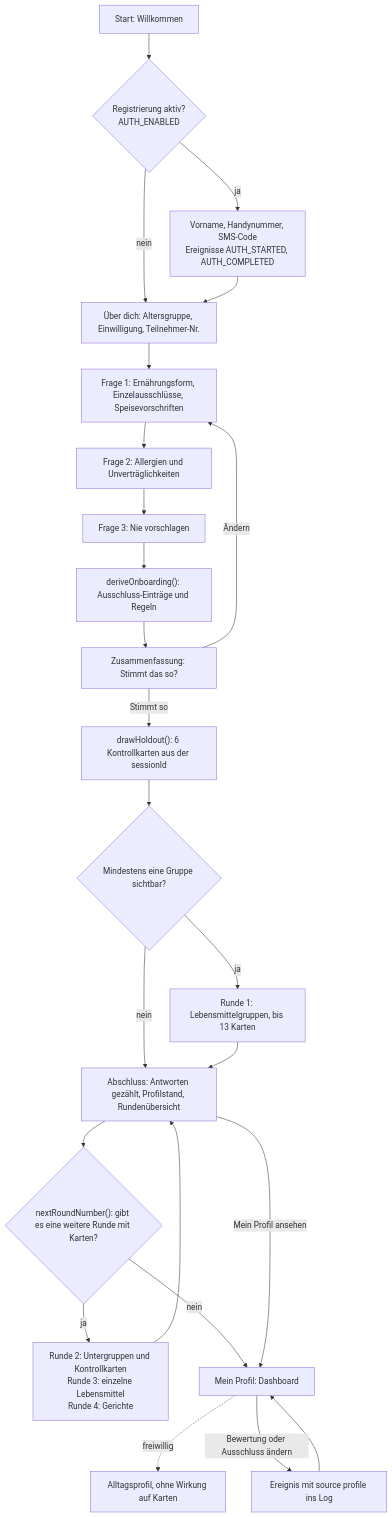
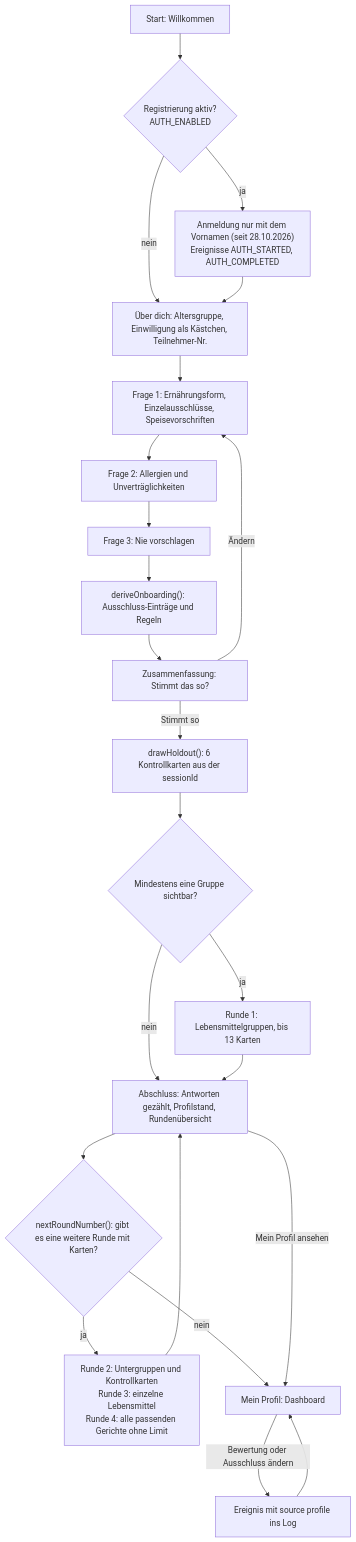
Before and after one commit to kerisan-jeg/geschmacksprofil-50plus: the first of 6 diagrams in docs/05_Flowcharts.md, drawn with Mermaid. The commit also changed other lines of this file and 89 other files, not shown here.

````diff
--- a/docs/05_Flowcharts.md
+++ b/docs/05_Flowcharts.md
@@ -9,26 +9,25 @@
 ```mermaid
 flowchart TD
   S["Start: Willkommen"] --> R{"Registrierung aktiv?<br/>AUTH_ENABLED"}
-  R -- "ja" --> REG["Vorname, Handynummer, SMS-Code<br/>Ereignisse AUTH_STARTED, AUTH_COMPLETED"]
+  R -- "ja" --> REG["Anmeldung nur mit dem Vornamen (seit 28.10.2026)<br/>Ereignisse AUTH_STARTED, AUTH_COMPLETED"]
   R -- "nein" --> AB
-  REG --> AB["Über dich: Altersgruppe, Einwilligung, Teilnehmer-Nr."]
+  REG --> AB["Über dich: Altersgruppe, Einwilligung als Kästchen, Teilnehmer-Nr."]
   AB --> Q1["Frage 1: Ernährungsform, Einzelausschlüsse, Speisevorschriften"]
   Q1 --> Q2["Frage 2: Allergien und Unverträglichkeiten"]
   Q2 --> Q3["Frage 3: Nie vorschlagen"]
   Q3 --> D["deriveOnboarding(): Ausschluss-Einträge und Regeln"]
   D --> SUM["Zusammenfassung: Stimmt das so?"]
   SUM -- "Ändern" --> Q1
   SUM -- "Stimmt so" --> HO["drawHoldout(): 6 Kontrollkarten aus der sessionId"]
   HO --> E{"Mindestens eine Gruppe sichtbar?"}
   E -- "nein" --> C
   E -- "ja" --> R1["Runde 1: Lebensmittelgruppen, bis 13 Karten"]
   R1 --> C["Abschluss: Antworten gezählt, Profilstand, Rundenübersicht"]
   C --> M{"nextRoundNumber(): gibt es eine weitere Runde mit Karten?"}
-  M -- "ja" --> RN["Runde 2: Untergruppen und Kontrollkarten<br/>Runde 3: einzelne Lebensmittel<br/>Runde 4: Gerichte"]
+  M -- "ja" --> RN["Runde 2: Untergruppen und Kontrollkarten<br/>Runde 3: einzelne Lebensmittel<br/>Runde 4: alle passenden Gerichte ohne Limit"]
   RN --> C
   M -- "nein" --> P["Mein Profil: Dashboard"]
   C -- "Mein Profil ansehen" --> P
-  P -. "freiwillig" .-> PR["Alltagsprofil, ohne Wirkung auf Karten"]
   P -- "Bewertung oder Ausschluss ändern" --> LOG["Ereignis mit source profile ins Log"]
   LOG --> P
 ```
````
